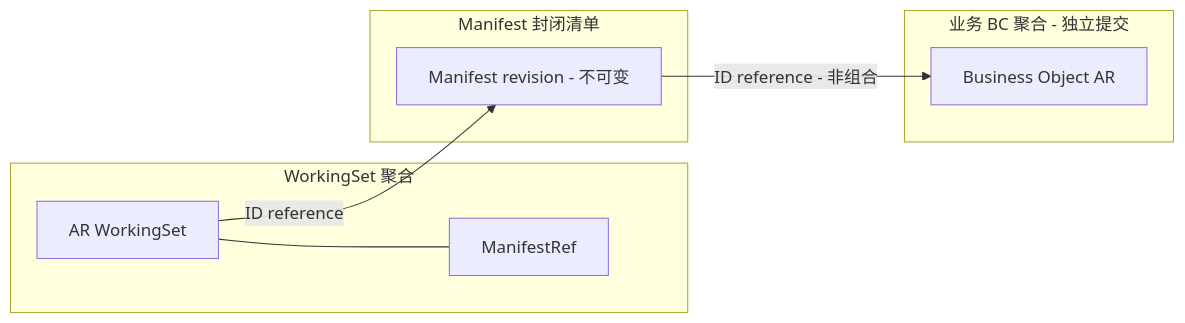
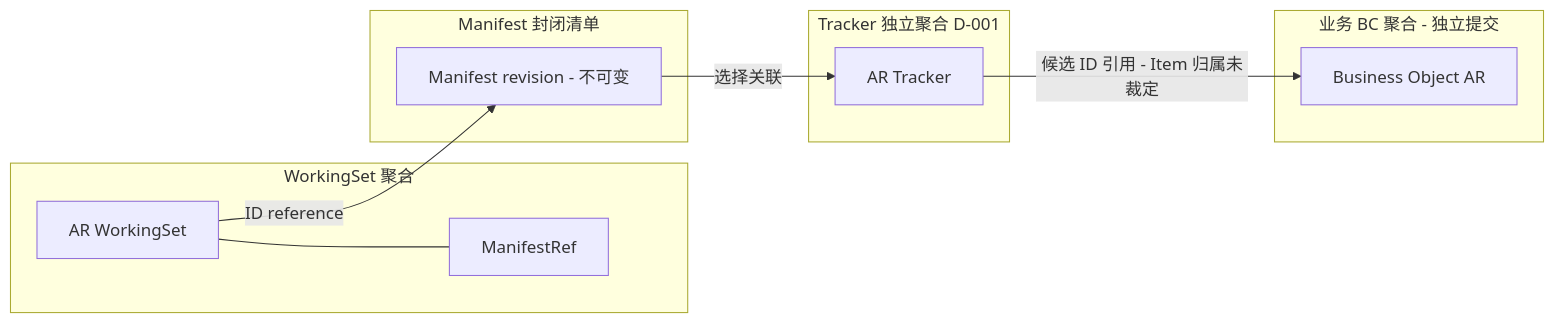
One commit to Greytrack/ddd-workingset changed the sixth of 8 diagrams in docs/working-set/diagrams/aggregate-candidates.md. Above: the diagram before and after it, drawn with Mermaid. The commit also changed other lines of this file and 19 other files, not shown here.

First line of the commit message:
docs(工作集) 接受事实与政策主题基线并确认 Tracker 独立聚合

````diff
--- a/docs/working-set/diagrams/aggregate-candidates.md
+++ b/docs/working-set/diagrams/aggregate-candidates.md
@@ -139,16 +120,20 @@
 ```mermaid
 flowchart LR
     subgraph R["WorkingSet 聚合"]
         Root["AR WorkingSet"]
         Value["ManifestRef"]
         Root --- Value
     end
     subgraph T["Manifest 封闭清单"]
         Other["Manifest revision - 不可变"]
     end
     subgraph B["业务 BC 聚合 - 独立提交"]
         Content["Business Object AR"]
     end
+    subgraph TR["Tracker 独立聚合 D-001"]
+        TrackerRoot["AR Tracker"]
+    end
     Root -->|"ID reference"| Other
-    Other -->|"ID reference - 非组合"| Content
+    Other -->|"选择关联"| TrackerRoot
+    TrackerRoot -->|"候选 ID 引用 - Item 归属未裁定"| Content
 ```
````
